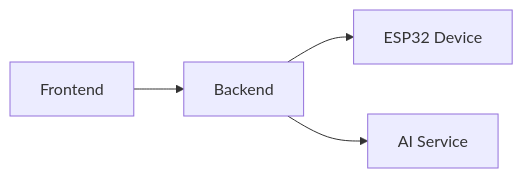
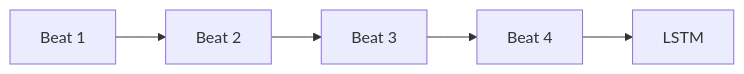
The fifth of 7 diagrams in ai-training/README.md (hamim0047/CardiShirt), drawn with Mermaid before and after one commit. The commit also changed other lines of this file, not shown here.

````diff
--- a/ai-training/README.md
+++ b/ai-training/README.md
@@ -136,6 +219,4 @@
 ```mermaid
 flowchart LR
-    FE[Frontend] --> BE[Backend]
-    BE --> ESP[ESP32 Device]
-    BE --> AI[AI Service]
+    B1[Beat 1] --> B2[Beat 2] --> B3[Beat 3] --> B4[Beat 4] --> LSTM
 ```
````
